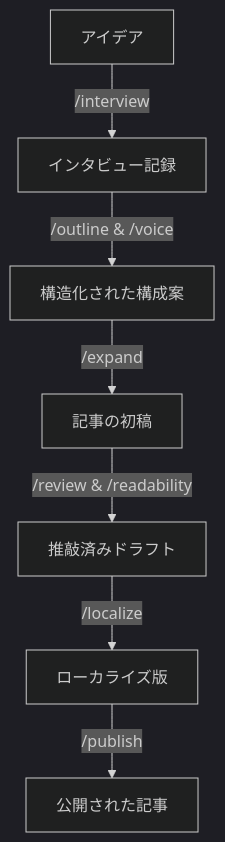
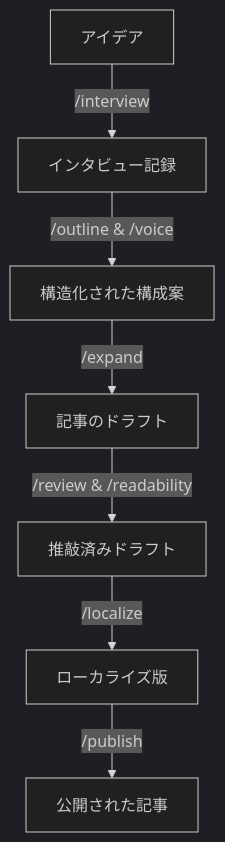
Before and after one commit to danicat/danicat.dev: the diagram in content/posts/20250805-introducing-speedgrapher/index.ja.md, drawn with Mermaid (dark theme). The commit also changed other lines of this file and 77 other files, not shown here.

```diff
--- a/content/posts/20250805-introducing-speedgrapher/index.ja.md
+++ b/content/posts/20250805-introducing-speedgrapher/index.ja.md
@@ -135,9 +135,9 @@
 {{< mermaid >}}
 flowchart TD
     A[アイデア] -->|/interview| B[インタビュー記録]
     B -->|/outline & /voice| C[構造化された構成案]
-    C -->|/expand| D[記事の初稿]
+    C -->|/expand| D[記事のドラフト]
     D -->|/review & /readability| E[推敲済みドラフト]
     E -->|/localize| F[ローカライズ版]
     F -->|/publish| G[公開された記事]
 {{< /mermaid >}}
```
